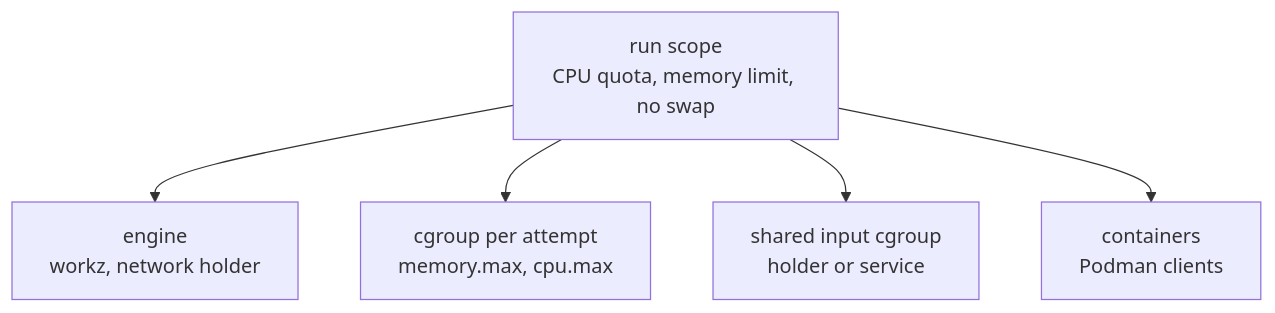
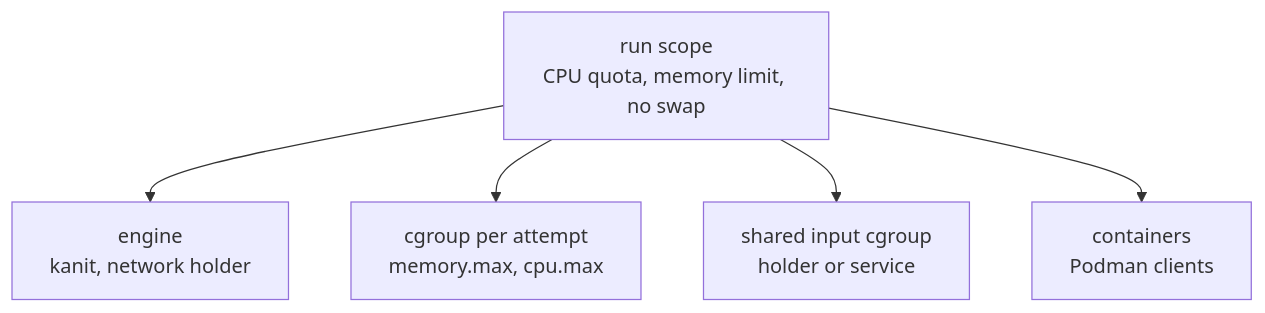
One commit to Zenteomics/kanit changed the diagram in wiki/Running-Workflows.md. Above: the diagram before and after it, drawn with Mermaid. The commit also changed other lines of this file and 21 other files, not shown here.

````diff
--- a/wiki/Running-Workflows.md
+++ b/wiki/Running-Workflows.md
@@ -43,7 +43,7 @@
 ```mermaid
 flowchart TB
-    S[run scope<br/>CPU quota, memory limit, no swap] --> E[engine<br/>workz, network holder]
+    S[run scope<br/>CPU quota, memory limit, no swap] --> E[engine<br/>kanit, network holder]
     S --> T1[cgroup per attempt<br/>memory.max, cpu.max]
     S --> H[shared input cgroup<br/>holder or service]
     S --> C[containers<br/>Podman clients]
 ```
````
